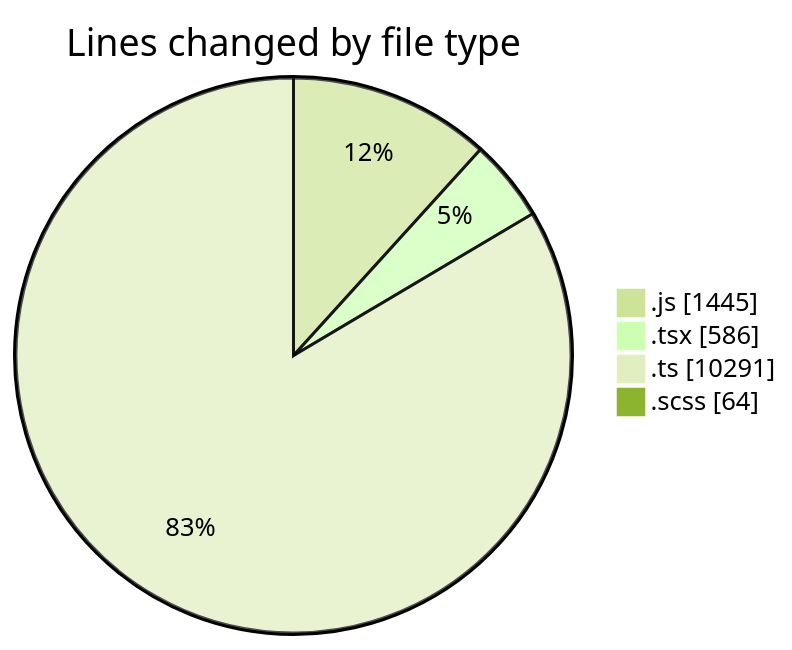
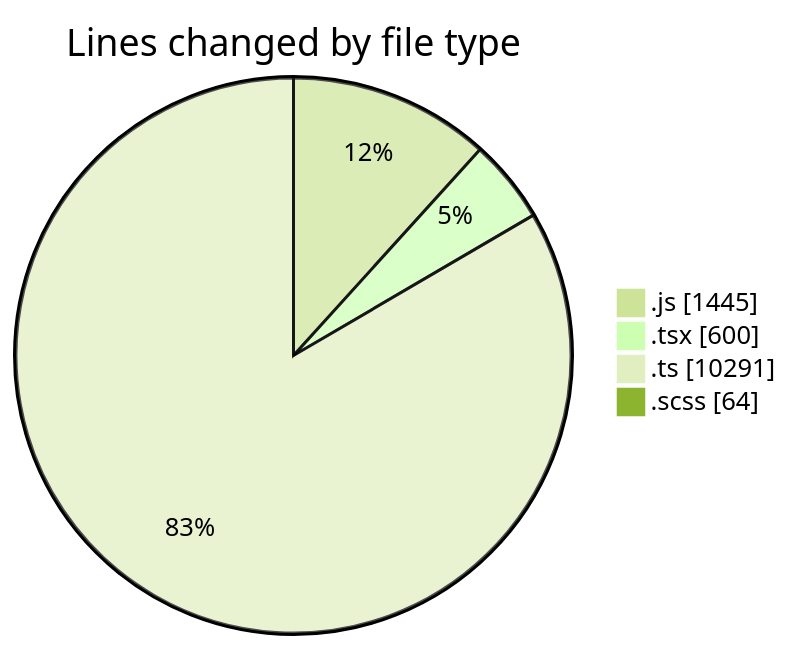
The first of 2 diagrams in 2025-03-13/cda/README.md (momahboobian/code-tracking), drawn with Mermaid (forest theme) before and after one commit. The commit also changed other lines of this file and 1 other file, not shown here.

````diff
--- a/2025-03-13/cda/README.md
+++ b/2025-03-13/cda/README.md
@@ -33,8 +33,8 @@
 ```mermaid
 pie showData
 title Lines changed by file type
 ".js" : 1445
-".tsx" : 586
+".tsx" : 600
 ".ts" : 10291
 ".scss" : 64
 ```
````
